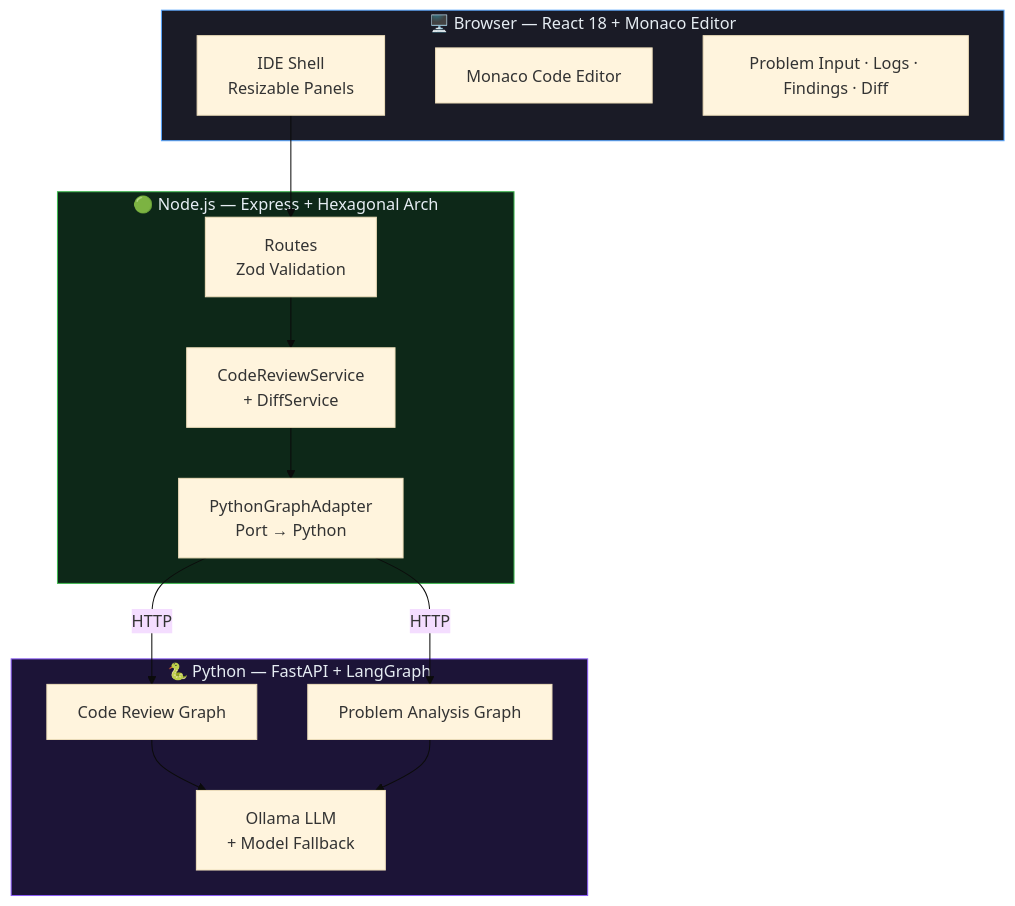
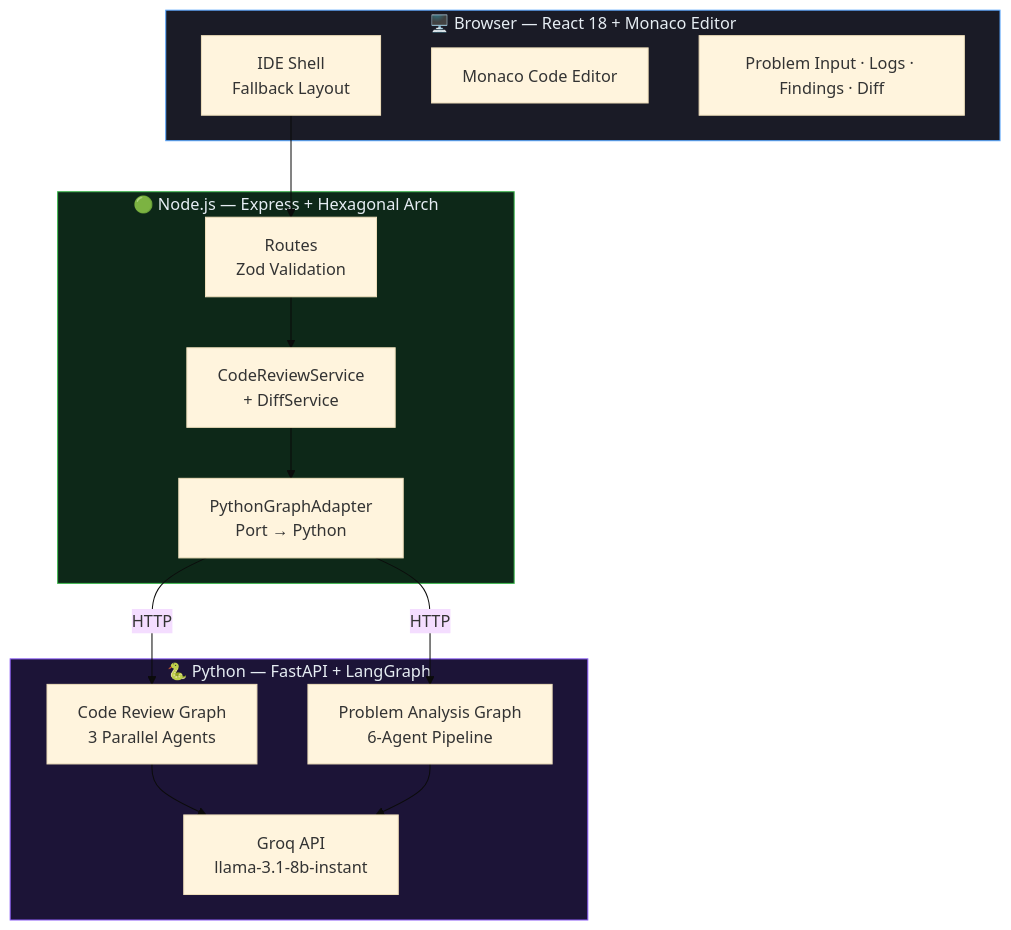
Before and after one commit to Viv-19/sentinel-graph-cp-agent-: the first of 4 diagrams in README.md, drawn with Mermaid (base theme). The commit also changed other lines of this file and 6 other files, not shown here.

Commit message:
groq api added and llama model in action

````diff
--- a/README.md
+++ b/README.md
@@ -49,32 +57,32 @@
 ```mermaid
 graph TB
     subgraph Frontend["🖥️ Browser — React 18 + Monaco Editor"]
-        UI["IDE Shell<br/>Resizable Panels"]
+        UI["IDE Shell<br/>Fallback Layout"]
         Editor["Monaco Code Editor"]
         Tabs["Problem Input · Logs · Findings · Diff"]
     end
 
     subgraph NodeJS["🟢 Node.js — Express + Hexagonal Arch"]
         Routes["Routes<br/>Zod Validation"]
         Service["CodeReviewService<br/>+ DiffService"]
         Adapter["PythonGraphAdapter<br/>Port → Python"]
     end
 
     subgraph Python["🐍 Python — FastAPI + LangGraph"]
-        ReviewGraph["Code Review Graph"]
-        ProblemGraph["Problem Analysis Graph"]
-        Ollama["Ollama LLM<br/>+ Model Fallback"]
+        ReviewGraph["Code Review Graph<br/>3 Parallel Agents"]
+        ProblemGraph["Problem Analysis Graph<br/>6-Agent Pipeline"]
+        Groq["Groq API<br/>llama-3.1-8b-instant"]
     end
 
     UI --> Routes
     Routes --> Service
     Service --> Adapter
     Adapter -->|HTTP| ReviewGraph
     Adapter -->|HTTP| ProblemGraph
-    ReviewGraph --> Ollama
-    ProblemGraph --> Ollama
+    ReviewGraph --> Groq
+    ProblemGraph --> Groq
 
     style Frontend fill:#1a1b26,stroke:#58a6ff,color:#e6edf3
     style NodeJS fill:#0d2818,stroke:#3fb950,color:#e6edf3
     style Python fill:#1c1437,stroke:#8b5cf6,color:#e6edf3
 ```
````
